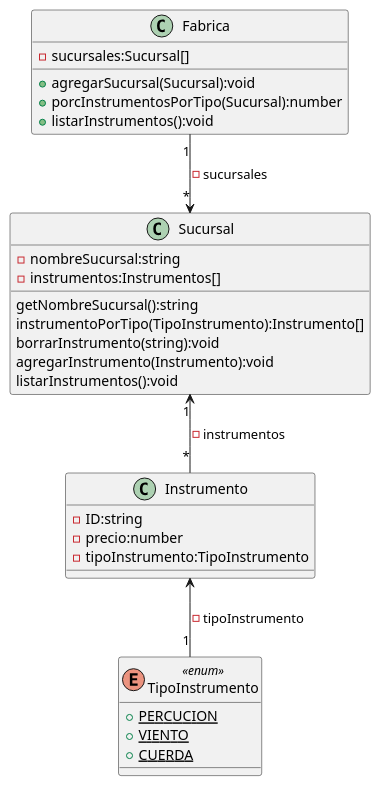
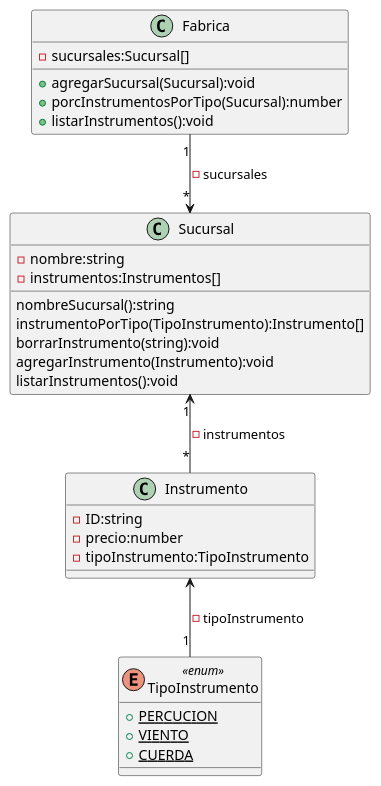
Before and after one commit to wilmansirit/UMLs: the diagram in Fabrica/fabrica.puml, drawn with PlantUML. The commit also changed 4 other files, not shown here.

Commit message:
Refactorizando la clase Sucursal agregando Getter del nombre de la Sucursal y del metodo listarInstrumentos

```diff
--- a/Fabrica/fabrica.puml
+++ b/Fabrica/fabrica.puml
@@ -1,44 +1,44 @@
 @startuml "La Fábrica"
 
 
 class Fabrica {
     - sucursales:Sucursal[]
 
     + agregarSucursal(Sucursal):void
     + porcInstrumentosPorTipo(Sucursal):number
     + listarInstrumentos():void
 
 }
 
 class Sucursal {
-    - nombreSucursal:string
+    - nombre:string
     - instrumentos:Instrumentos[]
 
-    getNombreSucursal():string
+    nombreSucursal():string
     instrumentoPorTipo(TipoInstrumento):Instrumento[]
     borrarInstrumento(string):void
     agregarInstrumento(Instrumento):void
     listarInstrumentos():void
     
 }
 
 class Instrumento {
     - ID:string
     - precio:number
     - tipoInstrumento:TipoInstrumento
 
 }
 
 enum TipoInstrumento <<enum>> {
     {static} + PERCUCION
     {static} + VIENTO
     {static} + CUERDA
 }
 
 
 
 Fabrica "1" --> "*" Sucursal: "- sucursales"
 Sucursal "1" <-- "*" Instrumento: "- instrumentos"
 Instrumento <-- "1" TipoInstrumento: "-tipoInstrumento"
 
 @enduml
```
